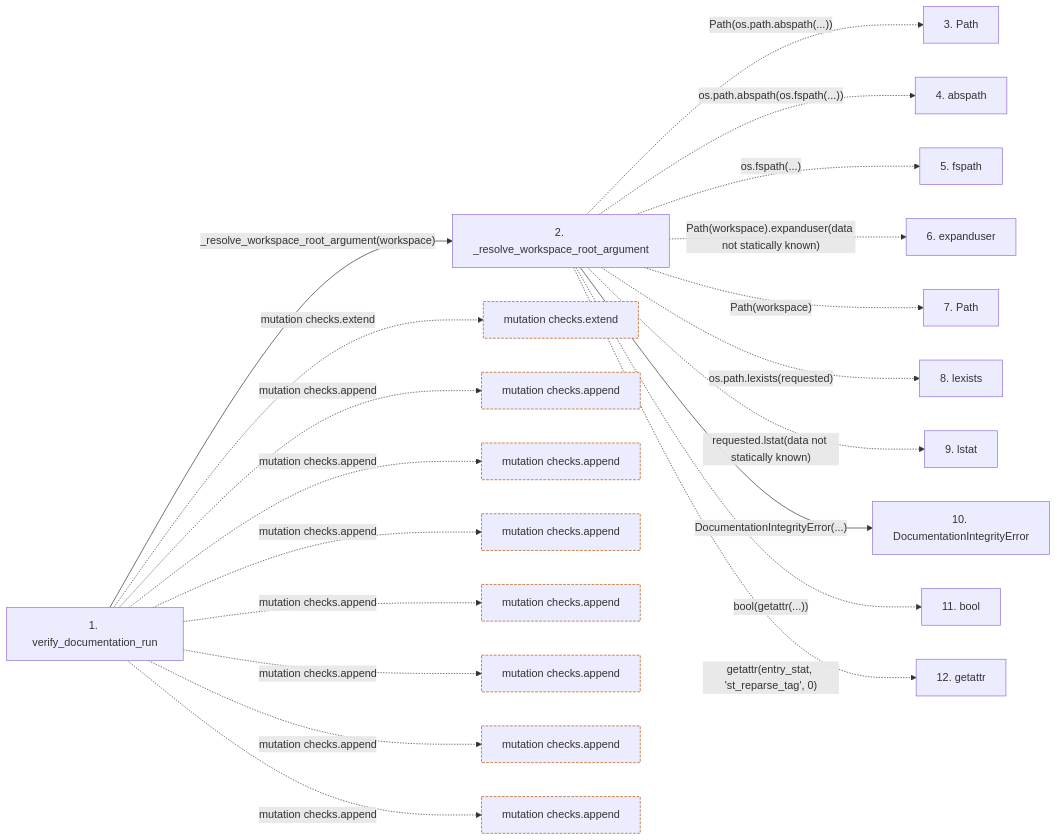
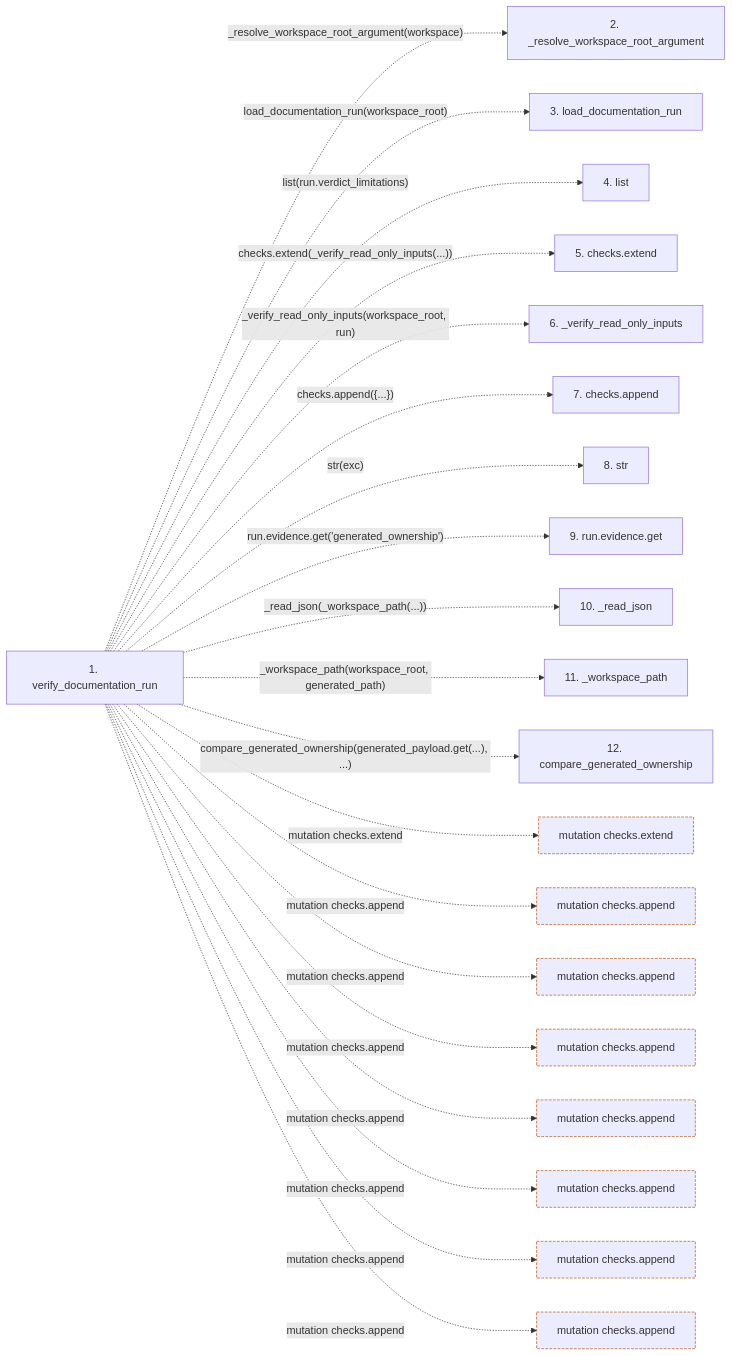
The second of 2 diagrams in docs/llm_wiki/flows/api-verify_documentation_run.md (Denissvgn/python-wiki-llm), drawn with Mermaid before and after one commit. The commit also changed other lines of this file and 719 other files, not shown here.

````diff
--- a/docs/llm_wiki/flows/api-verify_documentation_run.md
+++ b/docs/llm_wiki/flows/api-verify_documentation_run.md
@@ -87,54 +67,52 @@
 ```mermaid
 flowchart LR
     s1["1. verify_documentation_run"]
     s2["2. _resolve_workspace_root_argument"]
-    s3["3. Path"]
-    s4["4. abspath"]
-    s5["5. fspath"]
-    s6["6. expanduser"]
-    s7["7. Path"]
-    s8["8. lexists"]
-    s9["9. lstat"]
-    s10["10. DocumentationIntegrityError"]
-    s11["11. bool"]
-    s12["12. getattr"]
-    s1 -->|"_resolve_workspace_root_argument(workspace)"| s2
-    s2 -. "Path(os.path.abspath(...))" .-> s3
-    s2 -. "os.path.abspath(os.fspath(...))" .-> s4
-    s2 -. "os.fspath(...)" .-> s5
-    s2 -. "Path(workspace).expanduser(data not statically known)" .-> s6
-    s2 -. "Path(workspace)" .-> s7
-    s2 -. "os.path.lexists(requested)" .-> s8
-    s2 -. "requested.lstat(data not statically known)" .-> s9
-    s2 -->|"DocumentationIntegrityError(...)"| s10
-    s2 -. "bool(getattr(...))" .-> s11
-    s2 -. "getattr(entry_stat, 'st_reparse_tag', 0)" .-> s12
+    s3["3. load_documentation_run"]
+    s4["4. list"]
+    s5["5. checks.extend"]
+    s6["6. _verify_read_only_inputs"]
+    s7["7. checks.append"]
+    s8["8. str"]
+    s9["9. run.evidence.get"]
+    s10["10. _read_json"]
+    s11["11. _workspace_path"]
+    s12["12. compare_generated_ownership"]
+    s1 -. "_resolve_workspace_root_argument(workspace)" .-> s2
+    s1 -. "load_documentation_run(workspace_root)" .-> s3
+    s1 -. "list(run.verdict_limitations)" .-> s4
+    s1 -. "checks.extend(_verify_read_only_inputs(...))" .-> s5
+    s1 -. "_verify_read_only_inputs(workspace_root, run)" .-> s6
+    s1 -. "checks.append({...})" .-> s7
+    s1 -. "str(exc)" .-> s8
+    s1 -. "run.evidence.get('generated_ownership')" .-> s9
+    s1 -. "_read_json(_workspace_path(...))" .-> s10
+    s1 -. "_workspace_path(workspace_root, generated_path)" .-> s11
+    s1 -. "compare_generated_ownership(generated_payload.get(...), ...)" .-> s12
     b0["mutation checks.extend"]
     s1 -. "mutation checks.extend" .-> b0
     b1["mutation checks.append"]
     s1 -. "mutation checks.append" .-> b1
     b2["mutation checks.append"]
     s1 -. "mutation checks.append" .-> b2
     b3["mutation checks.append"]
     s1 -. "mutation checks.append" .-> b3
     b4["mutation checks.append"]
     s1 -. "mutation checks.append" .-> b4
     b5["mutation checks.append"]
     s1 -. "mutation checks.append" .-> b5
     b6["mutation checks.append"]
     s1 -. "mutation checks.append" .-> b6
     b7["mutation checks.append"]
     s1 -. "mutation checks.append" .-> b7
     click s1 "../modules/verify.md"
-    click s2 "../modules/workspace.md"
-    click s10 "../modules/documentation_run_contracts.md"
     classDef boundary stroke:#b45309,stroke-dasharray: 4 2
     class b0 boundary
     class b1 boundary
     class b2 boundary
     class b3 boundary
     class b4 boundary
     class b5 boundary
     class b6 boundary
     class b7 boundary
 ```
````
